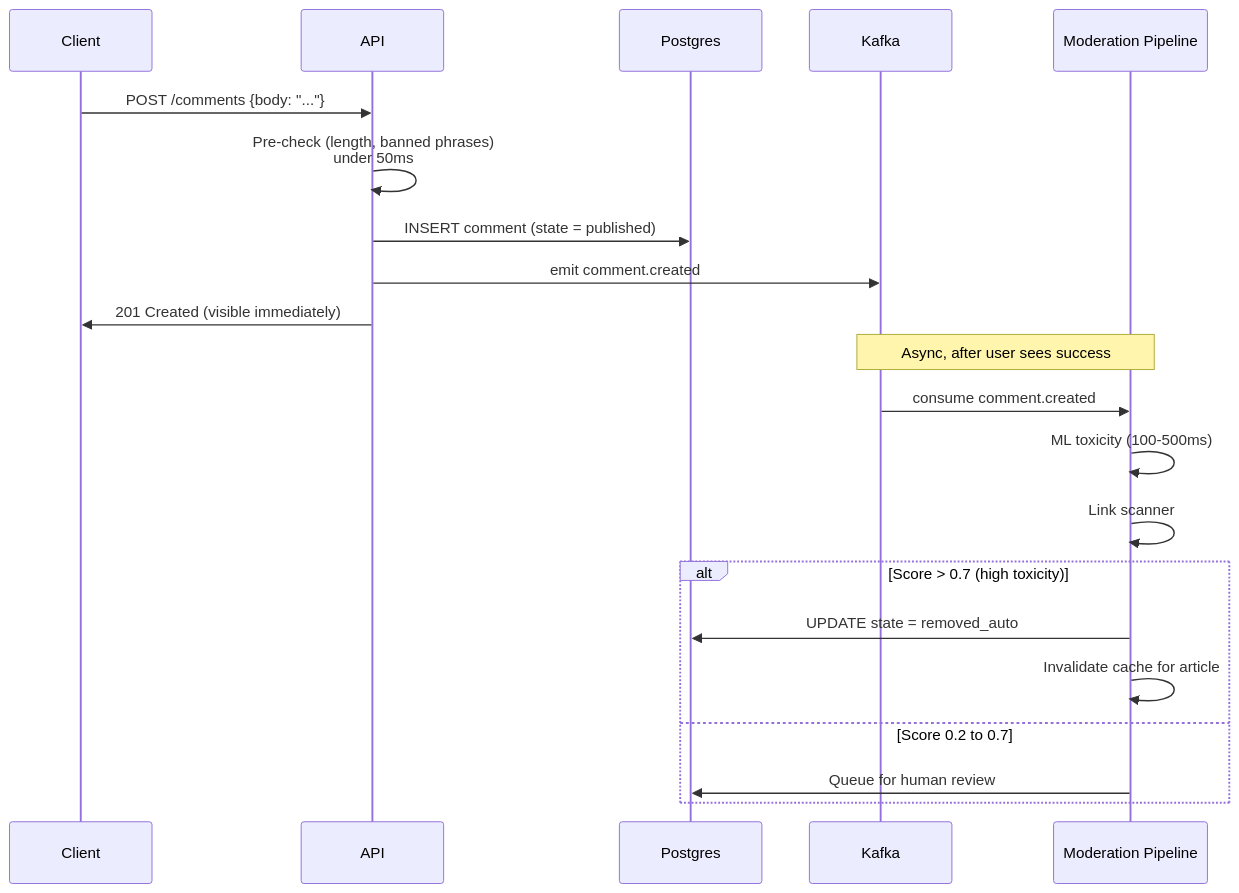
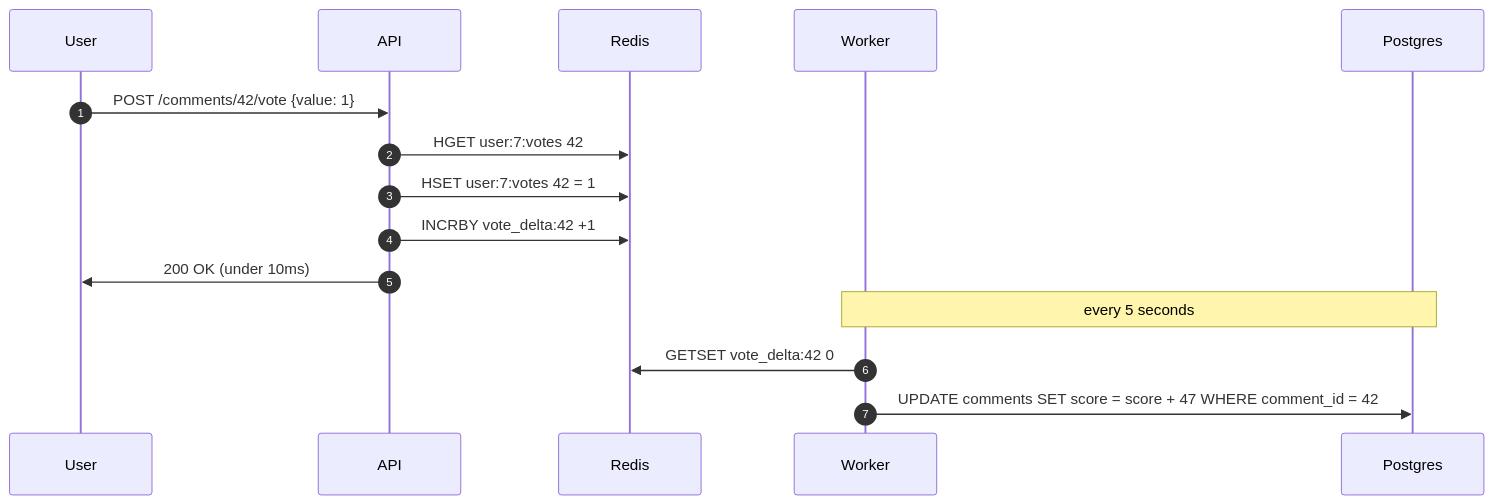
Diagram 13 of 16 in _practice/system-design/015-comment-system.md (shiningflash/shiningflash.github.io), drawn with Mermaid before and after one commit. The commit also changed other lines of this file and 19 other files, not shown here.

````diff
--- a/_practice/system-design/015-comment-system.md
+++ b/_practice/system-design/015-comment-system.md
@@ -436,26 +898,19 @@
 ```mermaid
 sequenceDiagram
-    participant Client
+    autonumber
+    participant User
     participant API
+    participant Redis
+    participant Worker
     participant DB as Postgres
-    participant Kafka
-    participant Mod as Moderation Pipeline
 
-    Client->>API: POST /comments {body: "..."}
-    API->>API: Pre-check (length, banned phrases)<br/>under 50ms
-    API->>DB: INSERT comment (state = published)
-    API->>Kafka: emit comment.created
-    API->>Client: 201 Created (visible immediately)
+    User->>API: POST /comments/42/vote {value: 1}
+    API->>Redis: HGET user:7:votes 42
+    API->>Redis: HSET user:7:votes 42 = 1
+    API->>Redis: INCRBY vote_delta:42 +1
+    API->>User: 200 OK (under 10ms)
 
-    Note over Kafka,Mod: Async, after user sees success
-    Kafka->>Mod: consume comment.created
-    Mod->>Mod: ML toxicity (100-500ms)
-    Mod->>Mod: Link scanner
-
-    alt Score > 0.7 (high toxicity)
-        Mod->>DB: UPDATE state = removed_auto
-        Mod->>Mod: Invalidate cache for article
-    else Score 0.2 to 0.7
-        Mod->>DB: Queue for human review
-    end
+    Note over Worker,DB: every 5 seconds
+    Worker->>Redis: GETSET vote_delta:42 0
+    Worker->>DB: UPDATE comments SET score = score + 47 WHERE comment_id = 42
 ```
````
